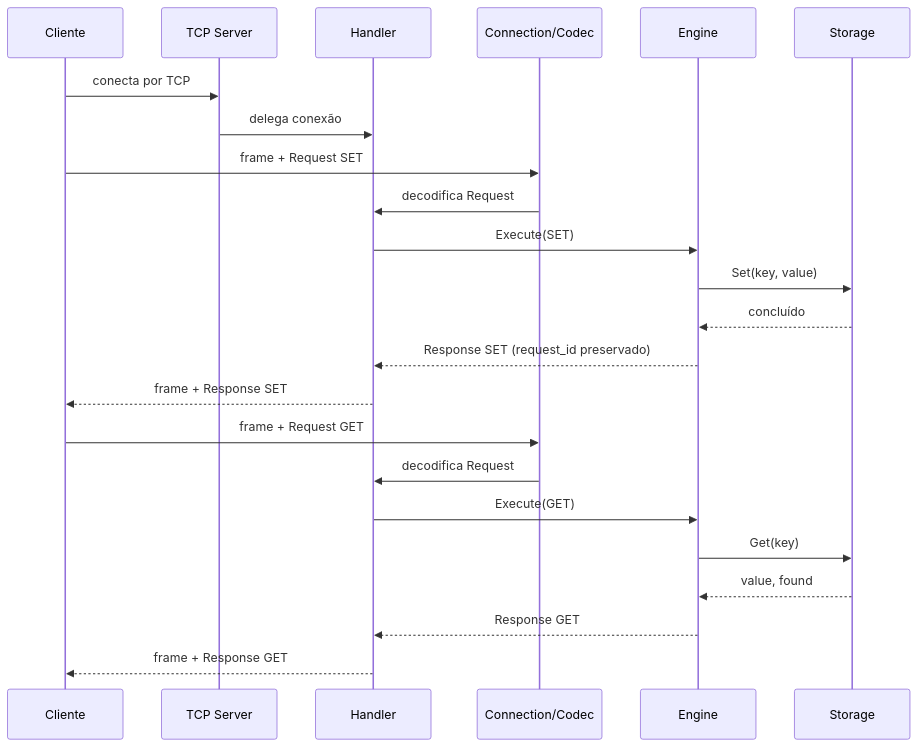
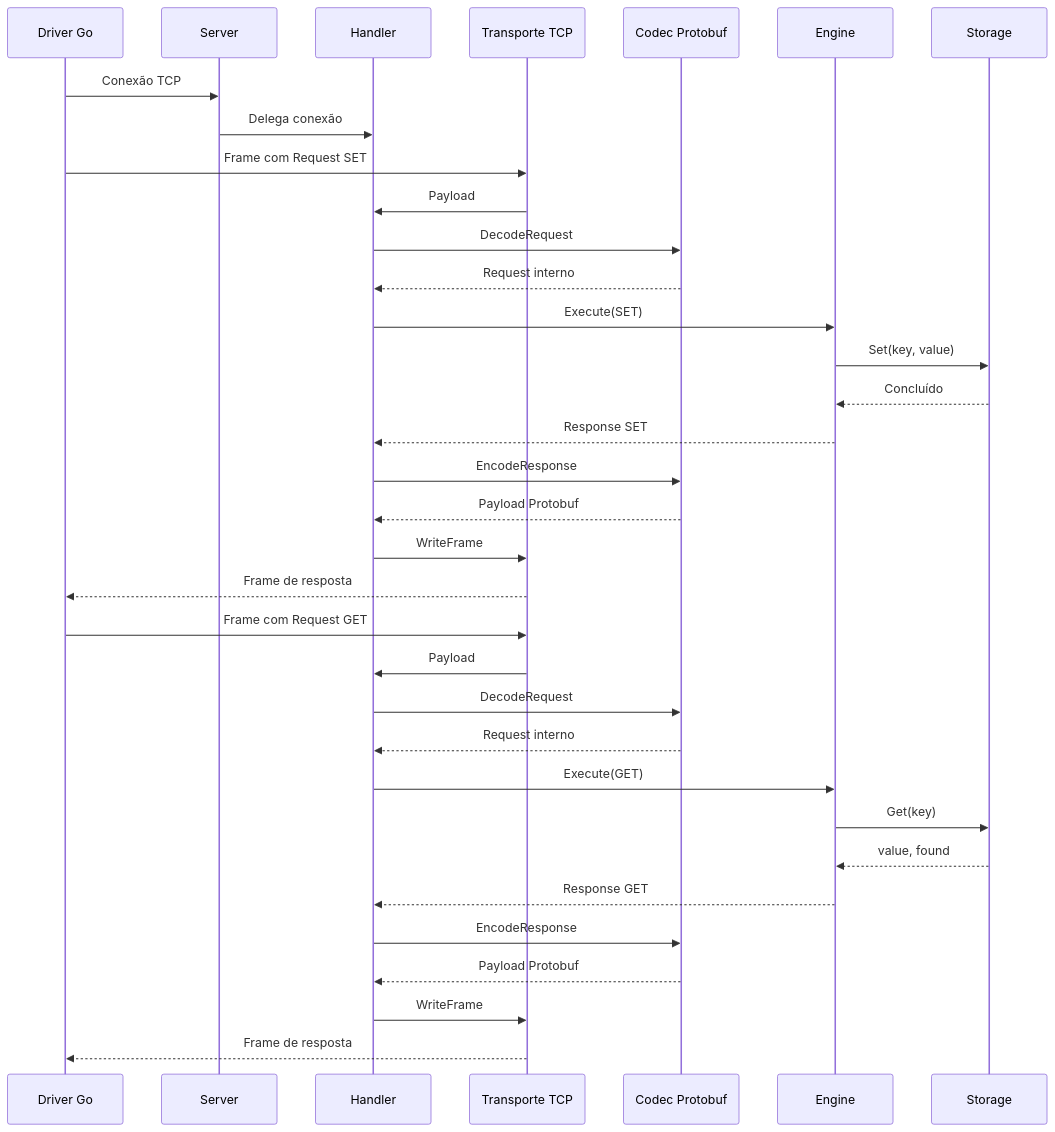
One commit to pescador95/memorydb changed the third of 6 diagrams in docs/tecnica/ARQUITETURA.md. Above: the diagram before and after it, drawn with Mermaid. The commit also changed other lines of this file and 26 other files, not shown here.

First line of the commit message:
refactor(architecture): modulariza transporte e inicia drivers

````diff
--- a/docs/tecnica/ARQUITETURA.md
+++ b/docs/tecnica/ARQUITETURA.md
@@ -106,25 +278,38 @@
 ```mermaid
 sequenceDiagram
-    participant C as Cliente
-    participant S as TCP Server
+    participant C as Driver Go
+    participant S as Server
     participant H as Handler
-    participant Conn as Connection/Codec
+    participant T as Transporte TCP
+    participant P as Codec Protobuf
     participant E as Engine
     participant St as Storage
-    C->>S: conecta por TCP
-    S->>H: delega conexão
-    C->>Conn: frame + Request SET
-    Conn->>H: decodifica Request
+
+    C->>S: Conexão TCP
+    S->>H: Delega conexão
+    C->>T: Frame com Request SET
+    T->>H: Payload
+    H->>P: DecodeRequest
+    P-->>H: Request interno
     H->>E: Execute(SET)
     E->>St: Set(key, value)
-    St-->>E: concluído
-    E-->>H: Response SET (request_id preservado)
-    H-->>C: frame + Response SET
-    C->>Conn: frame + Request GET
-    Conn->>H: decodifica Request
+    St-->>E: Concluído
+    E-->>H: Response SET
+    H->>P: EncodeResponse
+    P-->>H: Payload Protobuf
+    H->>T: WriteFrame
+    T-->>C: Frame de resposta
+
+    C->>T: Frame com Request GET
+    T->>H: Payload
+    H->>P: DecodeRequest
+    P-->>H: Request interno
     H->>E: Execute(GET)
     E->>St: Get(key)
     St-->>E: value, found
     E-->>H: Response GET
-    H-->>C: frame + Response GET
+    H->>P: EncodeResponse
+    P-->>H: Payload Protobuf
+    H->>T: WriteFrame
+    T-->>C: Frame de resposta
 ```
````
